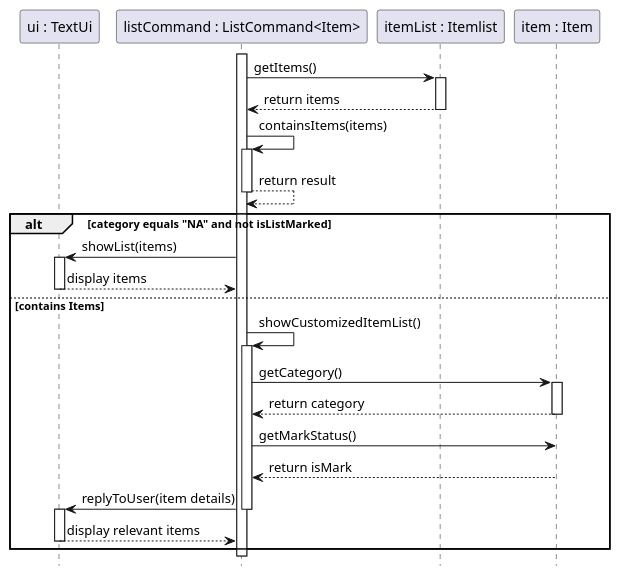
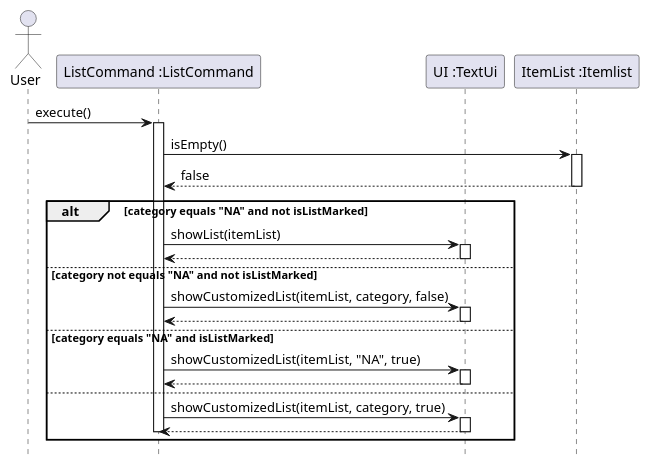
Before and after one commit to LowTL/tp: the diagram in docs/Diagrams/PUML files/Itemlist/ListItems_SequenceDiagram.puml, drawn with PlantUML. The commit also changed 5 other files, not shown here.

```diff
--- a/docs/Diagrams/PUML files/Itemlist/ListItems_SequenceDiagram.puml
+++ b/docs/Diagrams/PUML files/Itemlist/ListItems_SequenceDiagram.puml
@@ -1,41 +1,39 @@
 @startuml
-participant "ui : TextUi" as UI
-participant "listCommand : ListCommand<Item>" as ListCommand
-participant "itemList : Itemlist" as Itemlist
-participant "item : Item" as Item
+actor User
+participant "ListCommand :ListCommand" as LC
+participant "UI :TextUi" as UI
+participant "ItemList :Itemlist" as IL
 
-activate ListCommand
+User -> LC : execute()
+activate LC
 
-ListCommand -> Itemlist : getItems()
-activate Itemlist
-Itemlist --> ListCommand : return items
-deactivate Itemlist
-
-ListCommand -> ListCommand : containsItems(items)
-activate ListCommand
-ListCommand --> ListCommand : return result
-deactivate ListCommand
+LC -> IL : isEmpty()
+activate IL
+IL --> LC : false
+deactivate IL
 
 alt category equals "NA" and not isListMarked
-    ListCommand -> UI : showList(items)
+    LC -> UI : showList(itemList)
     activate UI
-    UI --> ListCommand : display items
+    UI --> LC
     deactivate UI
-else contains Items
-    ListCommand -> ListCommand : showCustomizedItemList()
-    activate ListCommand
-    ListCommand -> Item : getCategory()
-    activate Item
-    Item --> ListCommand : return category
-    deactivate Item
-    ListCommand -> Item : getMarkStatus()
-    Item --> ListCommand : return isMark
-    ListCommand -> UI : replyToUser(item details)
-    deactivate ListCommand
+else category not equals "NA" and not isListMarked
+    LC -> UI : showCustomizedList(itemList, category, false)
     activate UI
-    UI --> ListCommand : display relevant items
+    UI --> LC
     deactivate UI
+else category equals "NA" and isListMarked
+    LC -> UI : showCustomizedList(itemList, "NA", true)
+    activate UI
+    UI --> LC
+    deactivate UI
+else
+    LC -> UI : showCustomizedList(itemList, category, true)
+    activate UI
+    UI --> LC
+    deactivate UI
+    deactivate LC
 end
+
 hide footbox
-deactivate ListCommand
 @enduml
```
